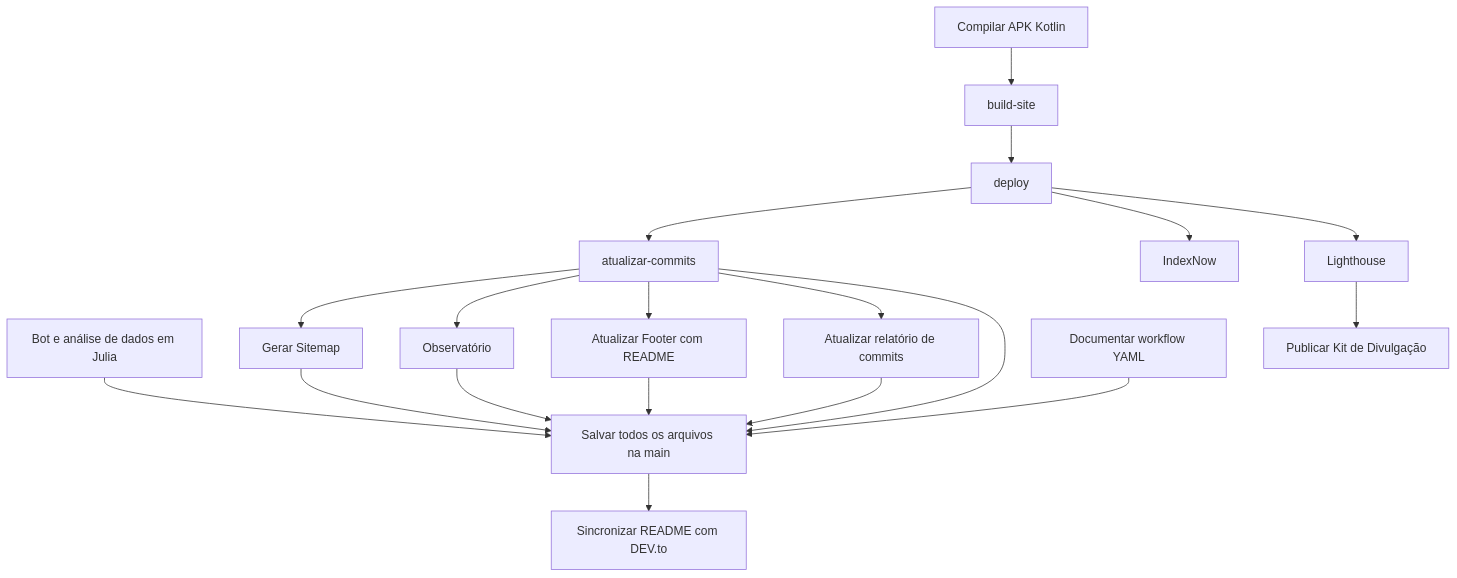
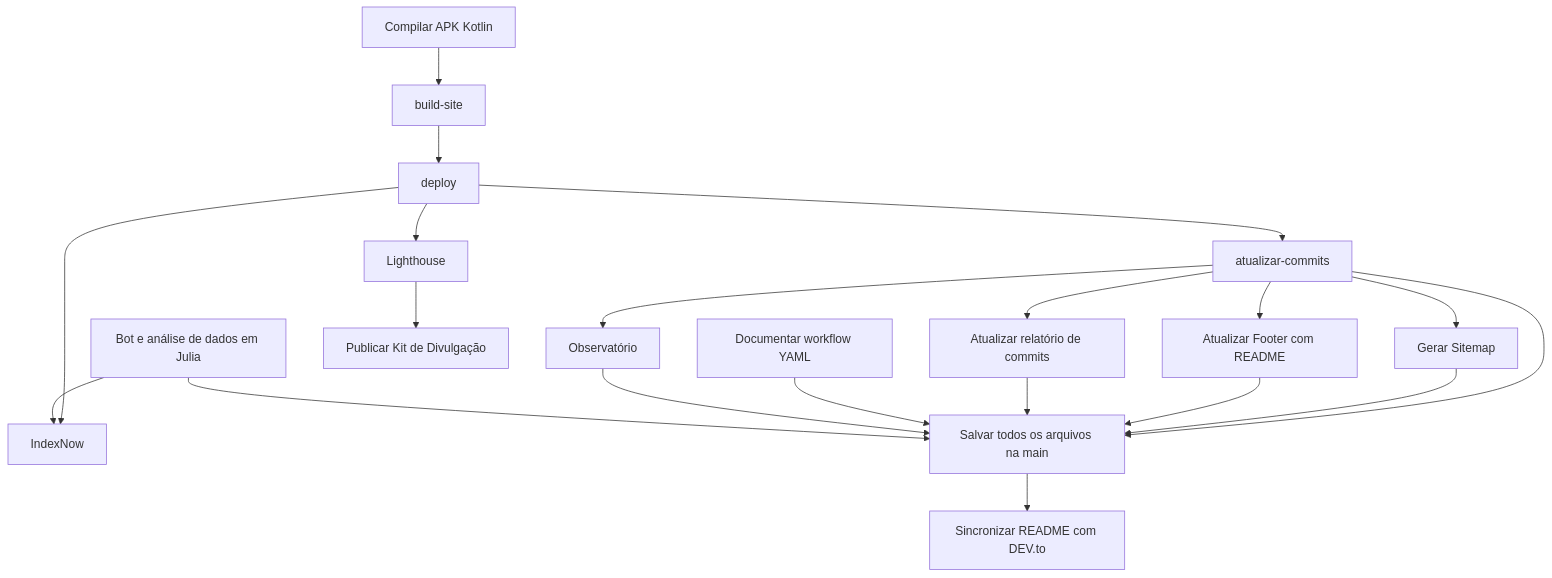
Before and after one commit to mulher-amparada/mulher-amparada-app: the diagram in pesquisas/workflow.md, drawn with Mermaid. The commit also changed other lines of this file and 5 other files, not shown here.

````diff
--- a/pesquisas/workflow.md
+++ b/pesquisas/workflow.md
@@ -32,36 +32,37 @@
 ```mermaid
 flowchart TD
     job_build["Compilar APK Kotlin"]
     job_bot["Bot e análise de dados em Julia"]
     job_build_site["build-site"]
     job_deploy["deploy"]
     job_atualizar_commits["atualizar-commits"]
     job_sincronizar_devto["Sincronizar README com DEV.to"]
     job_sitemap["Gerar Sitemap"]
     job_indexnow["IndexNow"]
     job_lighthouse["Lighthouse"]
     job_publicar_divulgacao["Publicar Kit de Divulgação"]
     job_observatorio["Observatório"]
     job_atualizar_footer["Atualizar Footer com README"]
     job_atualizar_relatorio_commits["Atualizar relatório de commits"]
     job_pesquisar_projeto["Documentar workflow YAML"]
     job_salvar_na_main["Salvar todos os arquivos na main"]
     job_build --> job_build_site
     job_build_site --> job_deploy
     job_deploy --> job_atualizar_commits
     job_salvar_na_main --> job_sincronizar_devto
     job_atualizar_commits --> job_sitemap
     job_deploy --> job_indexnow
+    job_bot --> job_indexnow
     job_deploy --> job_lighthouse
     job_lighthouse --> job_publicar_divulgacao
     job_atualizar_commits --> job_observatorio
     job_atualizar_commits --> job_atualizar_footer
     job_atualizar_commits --> job_atualizar_relatorio_commits
     job_atualizar_commits --> job_salvar_na_main
     job_sitemap --> job_salvar_na_main
     job_atualizar_footer --> job_salvar_na_main
     job_atualizar_relatorio_commits --> job_salvar_na_main
     job_pesquisar_projeto --> job_salvar_na_main
     job_observatorio --> job_salvar_na_main
     job_bot --> job_salvar_na_main
 ```
````
